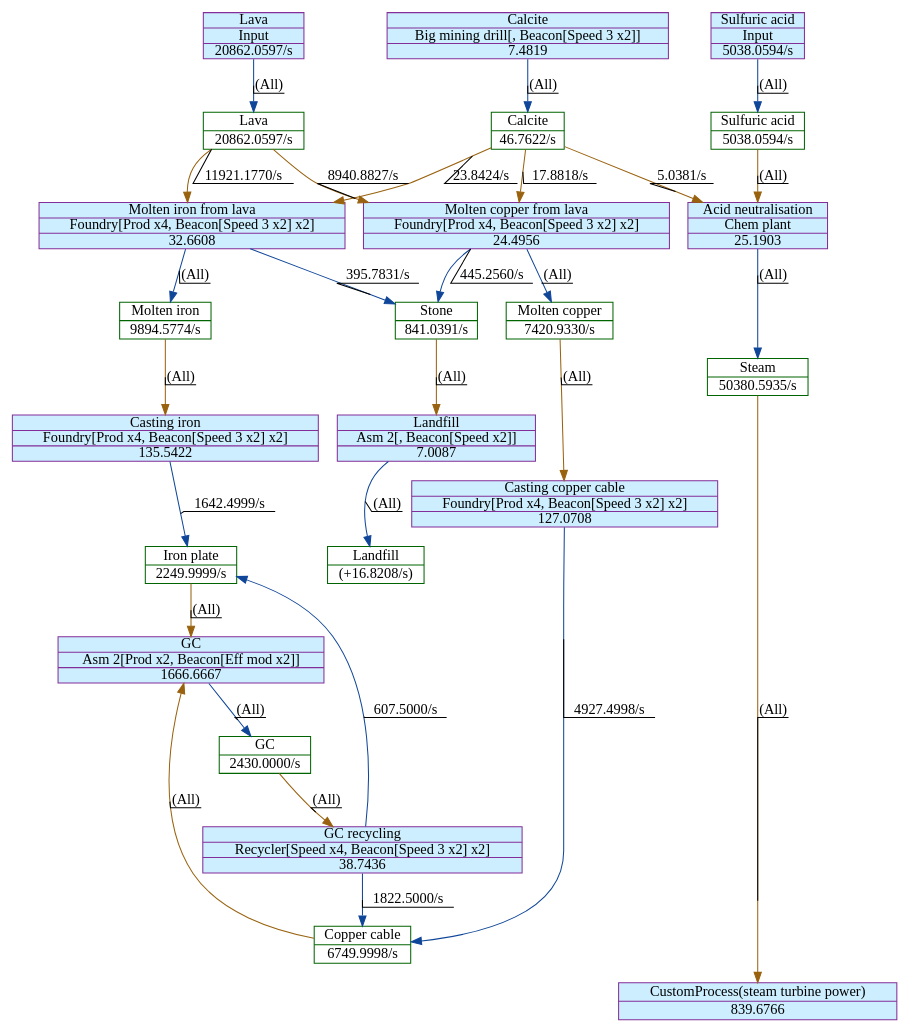
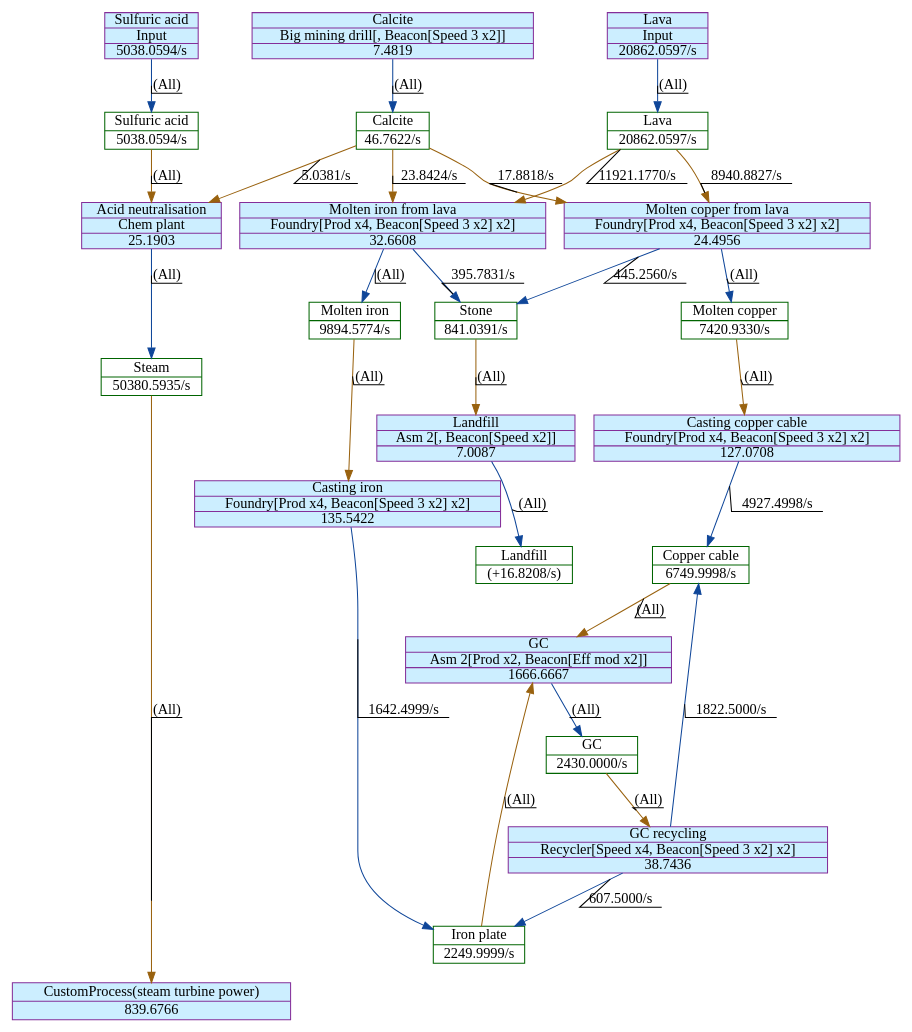
The diagram in output/20MGC.dot (GlassBricks/factorio-analysis), drawn with Graphviz before and after one commit. The commit also changed 16 other files, not shown here.

```diff
--- a/output/20MGC.dot
+++ b/output/20MGC.dot
@@ -1,77 +1,77 @@
 digraph {
     layout="dot"
     concentrate=true
     node [shape="record"; margin=0]
     edge [decorate=true]
-    0 [color="#006400"; label="{Steam|50380.5935/s}"]
-    1 [color="#006400"; label="{Calcite|46.7622/s}"]
-    2 [color="#006400"; label="{Sulfuric acid|5038.0594/s}"]
-    3 [color="#006400"; label="{Iron plate|2249.9999/s}"]
-    4 [color="#006400"; label="{Molten iron|9894.5774/s}"]
-    5 [color="#006400"; label="{Copper cable|6749.9998/s}"]
-    6 [color="#006400"; label="{GC|2430.0000/s}"]
-    7 [color="#006400"; label="{Landfill|(+16.8208/s)}"]
-    8 [color="#006400"; label="{Stone|841.0391/s}"]
-    9 [color="#006400"; label="{Lava|20862.0597/s}"]
-    10 [color="#006400"; label="{Molten copper|7420.9330/s}"]
-    11 [style="filled"; color="#842e99"; fillcolor="#cceeff"; label="{Acid neutralisation|Chem plant|25.1903}"]
-    12 [style="filled"; color="#842e99"; fillcolor="#cceeff"; label="{Casting iron|Foundry[Prod x4, Beacon[Speed 3 x2] x2]|135.5422}"]
-    13 [style="filled"; color="#842e99"; fillcolor="#cceeff"; label="{GC recycling|Recycler[Speed x4, Beacon[Speed 3 x2] x2]|38.7436}"]
-    14 [style="filled"; color="#842e99"; fillcolor="#cceeff"; label="{GC|Asm 2[Prod x2, Beacon[Eff mod x2]]|1666.6667}"]
-    15 [style="filled"; color="#842e99"; fillcolor="#cceeff"; label="{Landfill|Asm 2[, Beacon[Speed x2]]|7.0087}"]
-    16 [style="filled"; color="#842e99"; fillcolor="#cceeff"; label="{Sulfuric acid|Input|5038.0594/s}"]
-    17 [style="filled"; color="#842e99"; fillcolor="#cceeff"; label="{Molten iron from lava|Foundry[Prod x4, Beacon[Speed 3 x2] x2]|32.6608}"]
-    18 [style="filled"; color="#842e99"; fillcolor="#cceeff"; label="{CustomProcess(steam turbine power)|839.6766}"]
-    19 [style="filled"; color="#842e99"; fillcolor="#cceeff"; label="{Lava|Input|20862.0597/s}"]
-    20 [style="filled"; color="#842e99"; fillcolor="#cceeff"; label="{Calcite|Big mining drill[, Beacon[Speed 3 x2]]|7.4819}"]
-    21 [style="filled"; color="#842e99"; fillcolor="#cceeff"; label="{Casting copper cable|Foundry[Prod x4, Beacon[Speed 3 x2] x2]|127.0708}"]
-    22 [style="filled"; color="#842e99"; fillcolor="#cceeff"; label="{Molten copper from lava|Foundry[Prod x4, Beacon[Speed 3 x2] x2]|24.4956}"]
-    0 -> 18 [color="#99620f"; label="(All)"]
-    1 -> 11 [color="#99620f"; label="5.0381/s
+    0 [color="#006400"; label="{Copper cable|6749.9998/s}"]
+    1 [color="#006400"; label="{Iron plate|2249.9999/s}"]
+    2 [color="#006400"; label="{GC|2430.0000/s}"]
+    3 [color="#006400"; label="{Steam|50380.5935/s}"]
+    4 [color="#006400"; label="{Calcite|46.7622/s}"]
+    5 [color="#006400"; label="{Sulfuric acid|5038.0594/s}"]
+    6 [color="#006400"; label="{Lava|20862.0597/s}"]
+    7 [color="#006400"; label="{Molten copper|7420.9330/s}"]
+    8 [color="#006400"; label="{Landfill|(+16.8208/s)}"]
+    9 [color="#006400"; label="{Stone|841.0391/s}"]
+    10 [color="#006400"; label="{Molten iron|9894.5774/s}"]
+    11 [style="filled"; color="#842e99"; fillcolor="#cceeff"; label="{GC|Asm 2[Prod x2, Beacon[Eff mod x2]]|1666.6667}"]
+    12 [style="filled"; color="#842e99"; fillcolor="#cceeff"; label="{Acid neutralisation|Chem plant|25.1903}"]
+    13 [style="filled"; color="#842e99"; fillcolor="#cceeff"; label="{Calcite|Big mining drill[, Beacon[Speed 3 x2]]|7.4819}"]
+    14 [style="filled"; color="#842e99"; fillcolor="#cceeff"; label="{Sulfuric acid|Input|5038.0594/s}"]
+    15 [style="filled"; color="#842e99"; fillcolor="#cceeff"; label="{Lava|Input|20862.0597/s}"]
+    16 [style="filled"; color="#842e99"; fillcolor="#cceeff"; label="{Casting copper cable|Foundry[Prod x4, Beacon[Speed 3 x2] x2]|127.0708}"]
+    17 [style="filled"; color="#842e99"; fillcolor="#cceeff"; label="{Landfill|Asm 2[, Beacon[Speed x2]]|7.0087}"]
+    18 [style="filled"; color="#842e99"; fillcolor="#cceeff"; label="{Casting iron|Foundry[Prod x4, Beacon[Speed 3 x2] x2]|135.5422}"]
+    19 [style="filled"; color="#842e99"; fillcolor="#cceeff"; label="{GC recycling|Recycler[Speed x4, Beacon[Speed 3 x2] x2]|38.7436}"]
+    20 [style="filled"; color="#842e99"; fillcolor="#cceeff"; label="{Molten iron from lava|Foundry[Prod x4, Beacon[Speed 3 x2] x2]|32.6608}"]
+    21 [style="filled"; color="#842e99"; fillcolor="#cceeff"; label="{Molten copper from lava|Foundry[Prod x4, Beacon[Speed 3 x2] x2]|24.4956}"]
+    22 [style="filled"; color="#842e99"; fillcolor="#cceeff"; label="{CustomProcess(steam turbine power)|839.6766}"]
+    0 -> 11 [color="#99620f"; label="(All)"]
+    1 -> 11 [color="#99620f"; label="(All)"]
+    2 -> 19 [color="#99620f"; label="(All)"]
+    3 -> 22 [color="#99620f"; label="(All)"]
+    4 -> 12 [color="#99620f"; label="5.0381/s
 "]
-    1 -> 17 [color="#99620f"; label="23.8424/s
+    4 -> 20 [color="#99620f"; label="23.8424/s
 "]
-    1 -> 22 [color="#99620f"; label="17.8818/s
+    4 -> 21 [color="#99620f"; label="17.8818/s
 "]
-    2 -> 11 [color="#99620f"; label="(All)"]
-    3 -> 14 [color="#99620f"; label="(All)"]
-    4 -> 12 [color="#99620f"; label="(All)"]
-    5 -> 14 [color="#99620f"; label="(All)"]
-    6 -> 13 [color="#99620f"; label="(All)"]
-    8 -> 15 [color="#99620f"; label="(All)"]
-    9 -> 17 [color="#99620f"; label="11921.1770/s
+    5 -> 12 [color="#99620f"; label="(All)"]
+    6 -> 20 [color="#99620f"; label="11921.1770/s
 "]
-    9 -> 22 [color="#99620f"; label="8940.8827/s
+    6 -> 21 [color="#99620f"; label="8940.8827/s
 "]
-    10 -> 21 [color="#99620f"; label="(All)"]
-    11 -> 0 [color="#0f4699"; label="(All)"]
-    12 -> 3 [color="#0f4699"; label="1642.4999/s
+    7 -> 16 [color="#99620f"; label="(All)"]
+    9 -> 17 [color="#99620f"; label="(All)"]
+    10 -> 18 [color="#99620f"; label="(All)"]
+    11 -> 2 [color="#0f4699"; label="(All)"]
+    12 -> 3 [color="#0f4699"; label="(All)"]
+    13 -> 4 [color="#0f4699"; label="(All)"]
+    14 -> 5 [color="#0f4699"; label="(All)"]
+    15 -> 6 [color="#0f4699"; label="(All)"]
+    16 -> 0 [color="#0f4699"; label="4927.4998/s
 "]
-    13 -> 5 [color="#0f4699"; label="1822.5000/s
+    17 -> 8 [color="#0f4699"; label="(All)"]
+    18 -> 1 [color="#0f4699"; label="1642.4999/s
 "]
-    13 -> 3 [color="#0f4699"; label="607.5000/s
+    19 -> 0 [color="#0f4699"; label="1822.5000/s
 "]
-    14 -> 6 [color="#0f4699"; label="(All)"]
-    15 -> 7 [color="#0f4699"; label="(All)"]
-    16 -> 2 [color="#0f4699"; label="(All)"]
-    17 -> 8 [color="#0f4699"; label="395.7831/s
+    19 -> 1 [color="#0f4699"; label="607.5000/s
 "]
-    17 -> 4 [color="#0f4699"; label="(All)"]
-    19 -> 9 [color="#0f4699"; label="(All)"]
-    20 -> 1 [color="#0f4699"; label="(All)"]
-    21 -> 5 [color="#0f4699"; label="4927.4998/s
+    20 -> 9 [color="#0f4699"; label="395.7831/s
 "]
-    22 -> 10 [color="#0f4699"; label="(All)"]
-    22 -> 8 [color="#0f4699"; label="445.2560/s
+    20 -> 10 [color="#0f4699"; label="(All)"]
+    21 -> 7 [color="#0f4699"; label="(All)"]
+    21 -> 9 [color="#0f4699"; label="445.2560/s
 "]
     subgraph {
         rank="source"
-        16
-        19
-        20
+        13
+        14
+        15
     }
     subgraph {
         rank="sink"
-        18
+        22
     }
 }
```
